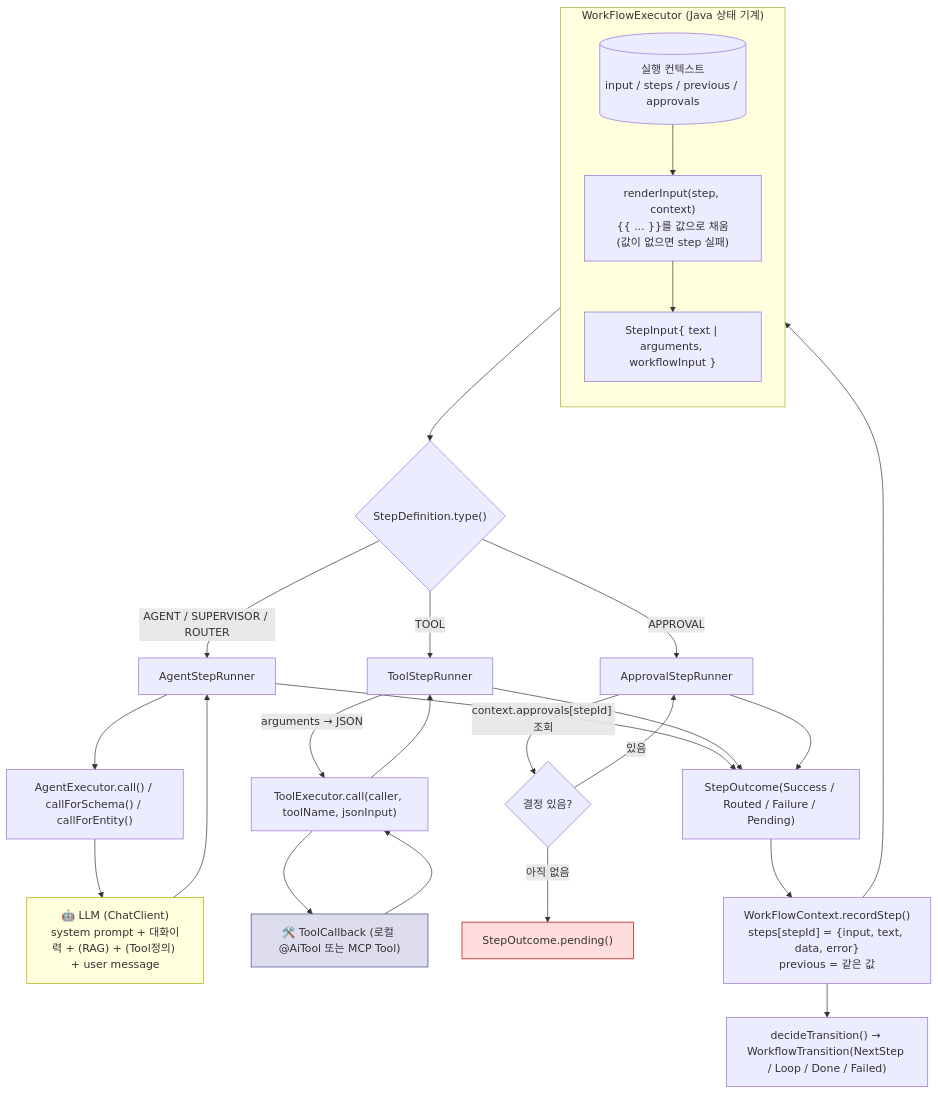
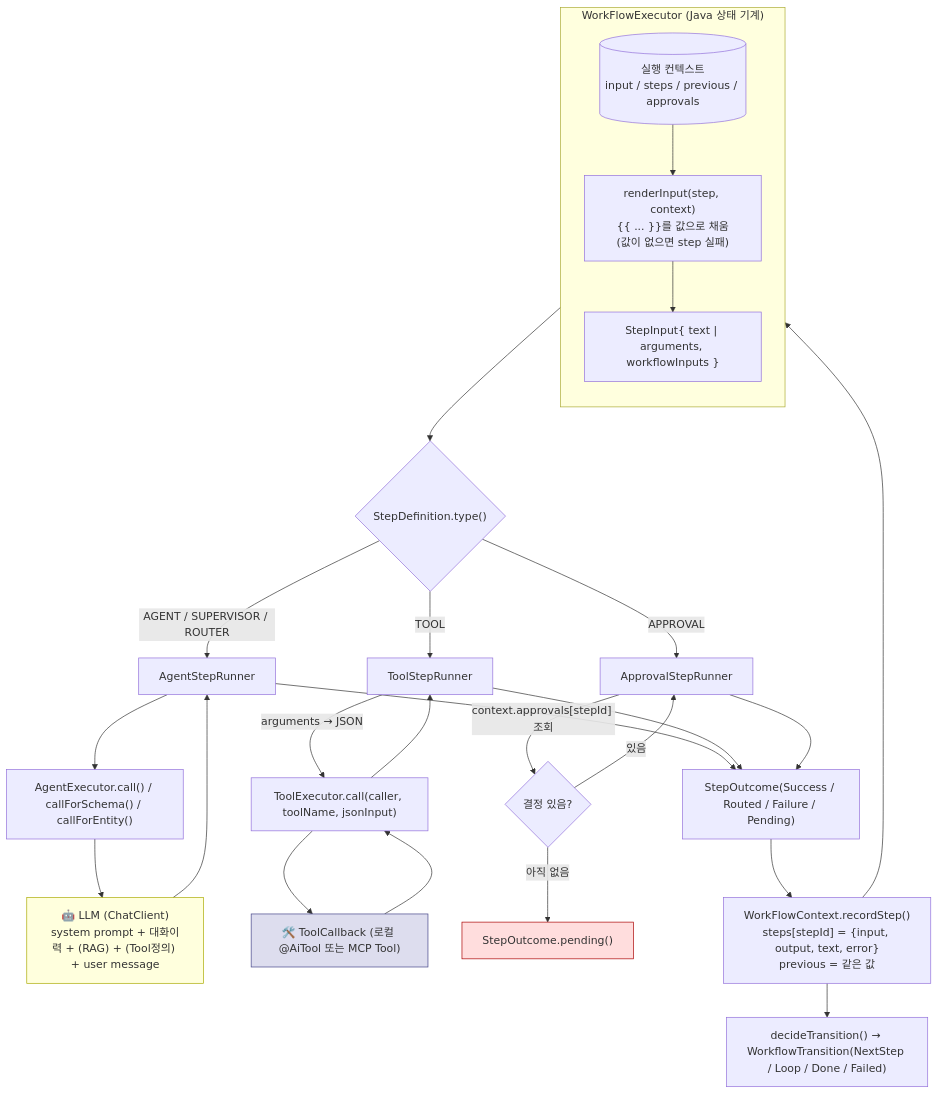
The fifth of 10 diagrams in docs/09.dstone-ai-engine.md (YongSoekChoeng/dstone), drawn with Mermaid before and after one commit. The commit also changed other lines of this file and 33 other files, not shown here.

````diff
--- a/docs/09.dstone-ai-engine.md
+++ b/docs/09.dstone-ai-engine.md
@@ -362,39 +362,39 @@
 ```mermaid
 flowchart TD
     subgraph L1["WorkFlowExecutor (Java 상태 기계)"]
         direction TB
         CTX[("실행 컨텍스트\ninput / steps / previous / approvals")]
         R["renderInput(step, context)\n{{ ... }}를 값으로 채움\n(값이 없으면 step 실패)"]
-        SI["StepInput{ text | arguments, workflowInput }"]
+        SI["StepInput{ text | arguments, workflowInputs }"]
         CTX --> R --> SI
     end
 
     SI --> DISPATCH{"StepDefinition.type()"}
     DISPATCH -->|AGENT / SUPERVISOR / ROUTER| ASR["AgentStepRunner"]
     DISPATCH -->|TOOL| TSR["ToolStepRunner"]
     DISPATCH -->|APPROVAL| APR["ApprovalStepRunner"]
 
     ASR --> AE["AgentExecutor.call() / callForSchema() / callForEntity()"]
     AE --> LLM["🤖 LLM (ChatClient)\nsystem prompt + 대화이력 + (RAG) + (Tool정의) + user message"]
     LLM --> ASR
 
     TSR -->|"arguments → JSON"| TE["ToolExecutor.call(caller, toolName, jsonInput)"]
     TE --> TOOL["🛠️ ToolCallback (로컬 @AiTool 또는 MCP Tool)"]
     TOOL --> TE --> TSR
 
     APR -->|"context.approvals[stepId] 조회"| DECIDE{"결정 있음?"}
     DECIDE -->|"아직 없음"| PENDING["StepOutcome.pending()"]
     DECIDE -->|"있음"| APR
 
     ASR --> SO["StepOutcome(Success / Routed / Failure / Pending)"]
     TSR --> SO
     APR --> SO
 
-    SO --> REC["WorkFlowContext.recordStep()\nsteps[stepId] = {input, text, data, error}\nprevious = 같은 값"]
+    SO --> REC["WorkFlowContext.recordStep()\nsteps[stepId] = {input, output, text, error}\nprevious = 같은 값"]
     REC --> CTX
     REC --> NEXT["decideTransition() → WorkflowTransition(NextStep / Loop / Done / Failed)"]
 
     style LLM fill:#ffd,stroke:#aa0
     style TOOL fill:#dde,stroke:#448
     style PENDING fill:#fdd,stroke:#a00
 ```
````
